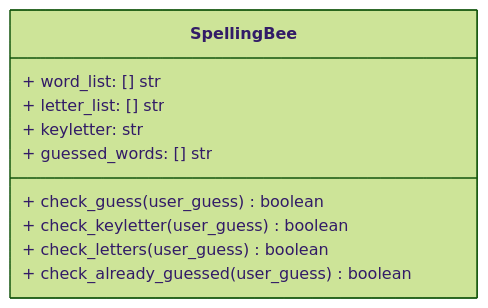
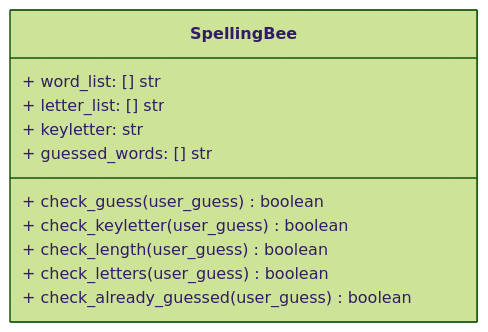
Before and after one commit to the-isf-academy/making-with-code: the diagram in content/cs9/unit02/labs/lab1_spellingbee_extended/_index.md, drawn with Mermaid (forest theme). The commit also changed other lines of this file, not shown here.

Commit message:
added mehtod to mermaid diagram spellingbee

```diff
--- a/content/cs9/unit02/labs/lab1_spellingbee_extended/_index.md
+++ b/content/cs9/unit02/labs/lab1_spellingbee_extended/_index.md
@@ -73,13 +72,14 @@
 {{<mermaid align="left">}}
 classDiagram
     class SpellingBee {
         + word_list: [] str
         + letter_list: [] str
         + keyletter: str
         + guessed_words: [] str
         + check_guess(user_guess) boolean
         + check_keyletter(user_guess) boolean
+        + check_length(user_guess) boolean
         + check_letters(user_guess) boolean
         + check_already_guessed(user_guess) boolean
     }
 {{< /mermaid >}}
```
